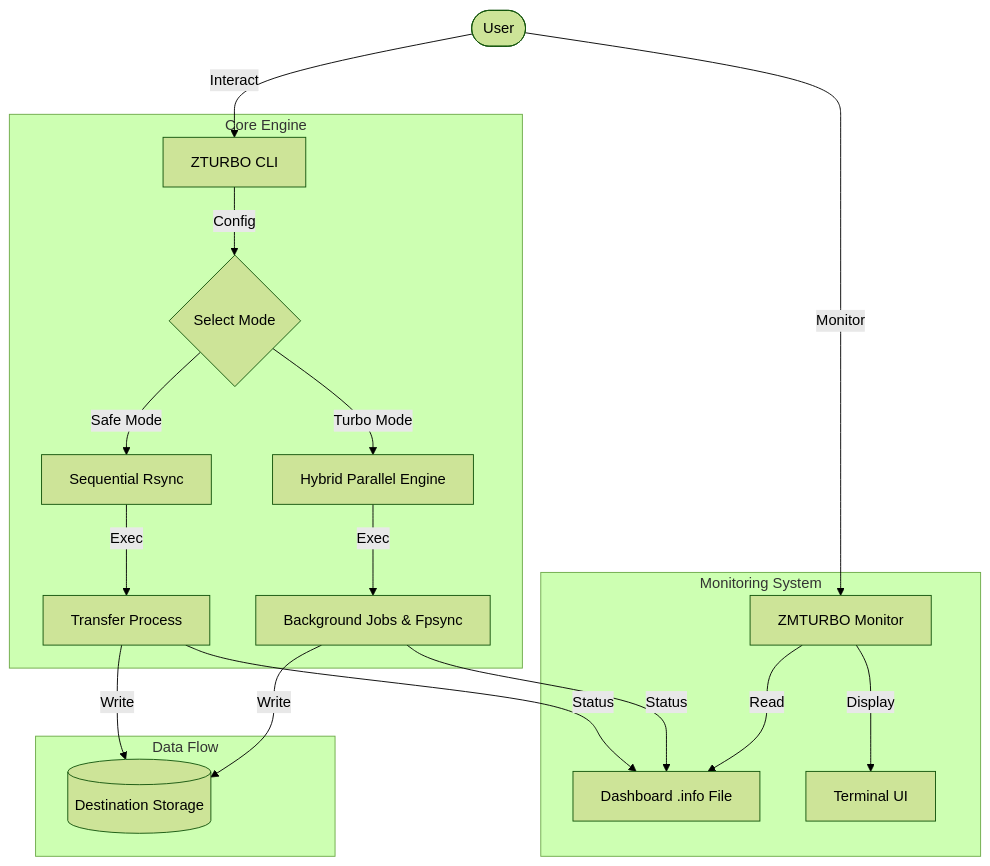
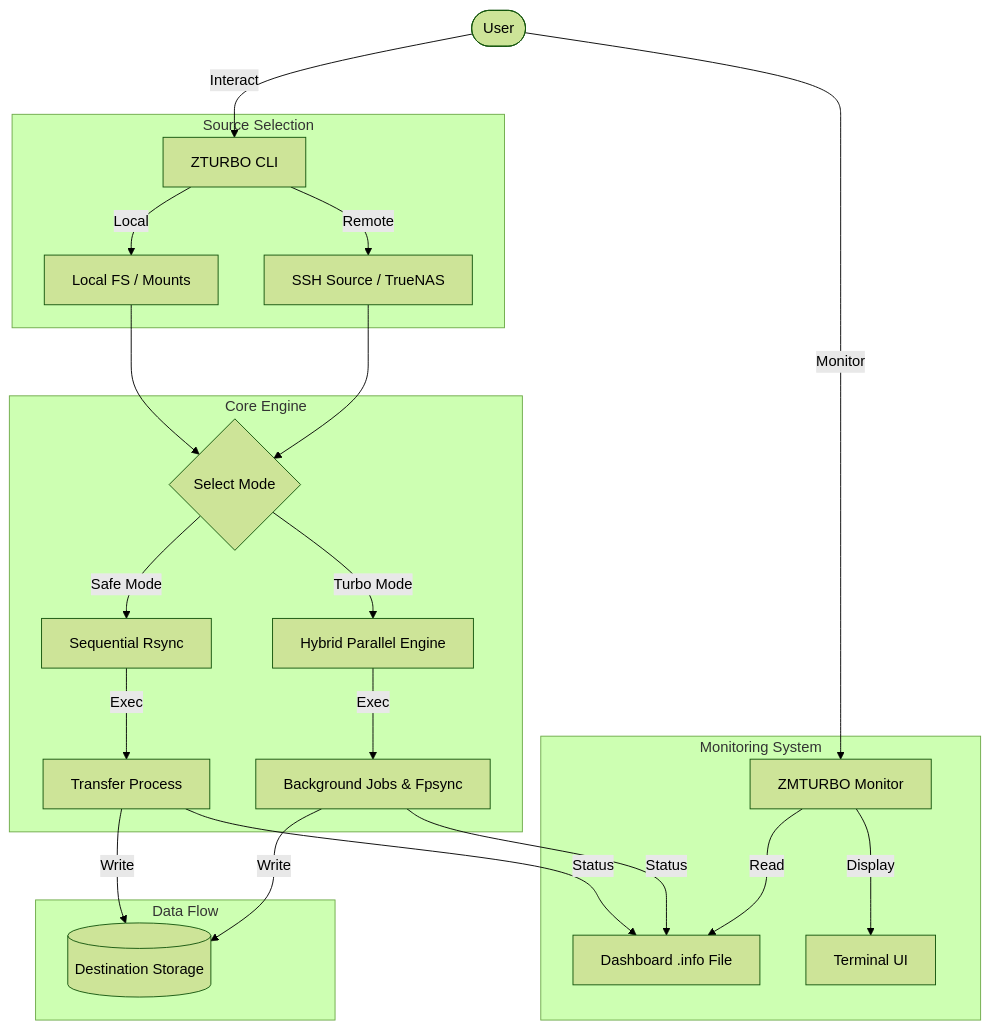
One commit to ddt-mmt/zturbo changed the first of 3 diagrams in ARCHITECTURE.md. Above: the diagram before and after it, drawn with Mermaid (forest theme). The commit also changed other lines of this file and 2 other files, not shown here.

Commit message:
Update ZTURBO to V1.3.4: Added Remote SSH Source Support and updated documentation

````diff
--- a/ARCHITECTURE.md
+++ b/ARCHITECTURE.md
@@ -7,26 +7,32 @@
 ```mermaid
 graph TD
     User([User]) -->|Interact| ZTURBO[ZTURBO CLI]
     User -->|Monitor| ZMTURBO[ZMTURBO Monitor]
     
+    subgraph Source Selection
+        ZTURBO -->|Local| LocalFiles[Local FS / Mounts]
+        ZTURBO -->|Remote| RemoteSSH[SSH Source / TrueNAS]
+    end
+
     subgraph Core Engine
-        ZTURBO -->|Config| ModeSelect{Select Mode}
+        LocalFiles --> ModeSelect{Select Mode}
+        RemoteSSH --> ModeSelect
         ModeSelect -->|Safe Mode| Sequential[Sequential Rsync]
         ModeSelect -->|Turbo Mode| Hybrid[Hybrid Parallel Engine]
         
         Sequential -->|Exec| TransferProcess[Transfer Process]
         Hybrid -->|Exec| BackgroundJobs[Background Jobs & Fpsync]
     end
     
     subgraph Data Flow
         TransferProcess -->|Write| DestStorage[(Destination Storage)]
         BackgroundJobs -->|Write| DestStorage
     end
     
     subgraph Monitoring System
         TransferProcess -->|Status| DashboardFile[Dashboard .info File]
         BackgroundJobs -->|Status| DashboardFile
         ZMTURBO -->|Read| DashboardFile
         ZMTURBO -->|Display| TUI[Terminal UI]
     end
 ```
````
